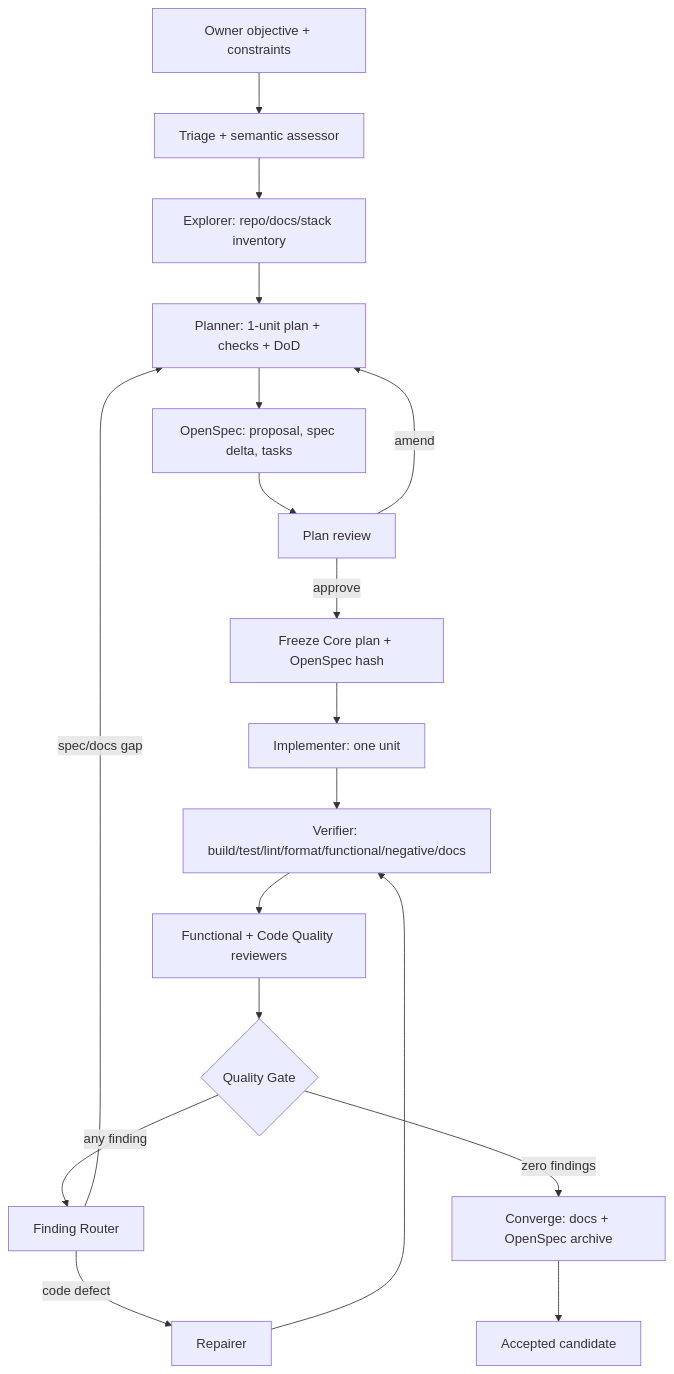
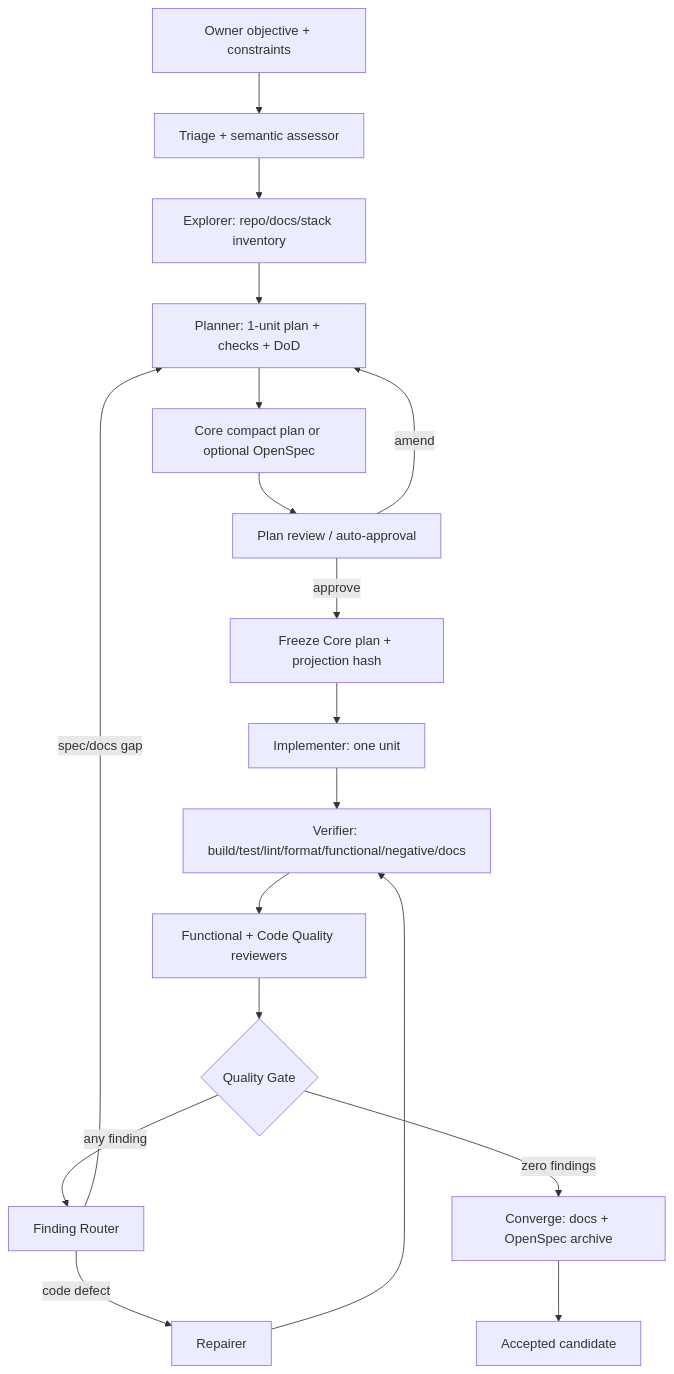
One commit to JamesMorales04/software-factory changed the first of 6 diagrams in docs/implementation/quality-first-planning-plan.md. Above: the diagram before and after it, drawn with Mermaid. The commit also changed other lines of this file and 4 other files, not shown here.

````diff
--- a/docs/implementation/quality-first-planning-plan.md
+++ b/docs/implementation/quality-first-planning-plan.md
@@ -82,20 +87,20 @@
 ```mermaid
 flowchart TD
   O[Owner objective + constraints] --> T[Triage + semantic assessor]
   T --> E[Explorer: repo/docs/stack inventory]
   E --> P[Planner: 1-unit plan + checks + DoD]
-  P --> OS[OpenSpec: proposal, spec delta, tasks]
-  OS --> PR[Plan review]
+  P --> OS[Core compact plan or optional OpenSpec]
+  OS --> PR[Plan review / auto-approval]
   PR -->|amend| P
-  PR -->|approve| F[Freeze Core plan + OpenSpec hash]
+  PR -->|approve| F[Freeze Core plan + projection hash]
   F --> I[Implementer: one unit]
   I --> V[Verifier: build/test/lint/format/functional/negative/docs]
   V --> R[Functional + Code Quality reviewers]
   R --> G{Quality Gate}
   G -->|any finding| FR[Finding Router]
   FR -->|code defect| RP[Repairer]
   FR -->|spec/docs gap| P
   RP --> V
   G -->|zero findings| C[Converge: docs + OpenSpec archive]
   C --> A[Accepted candidate]
 ```
````
